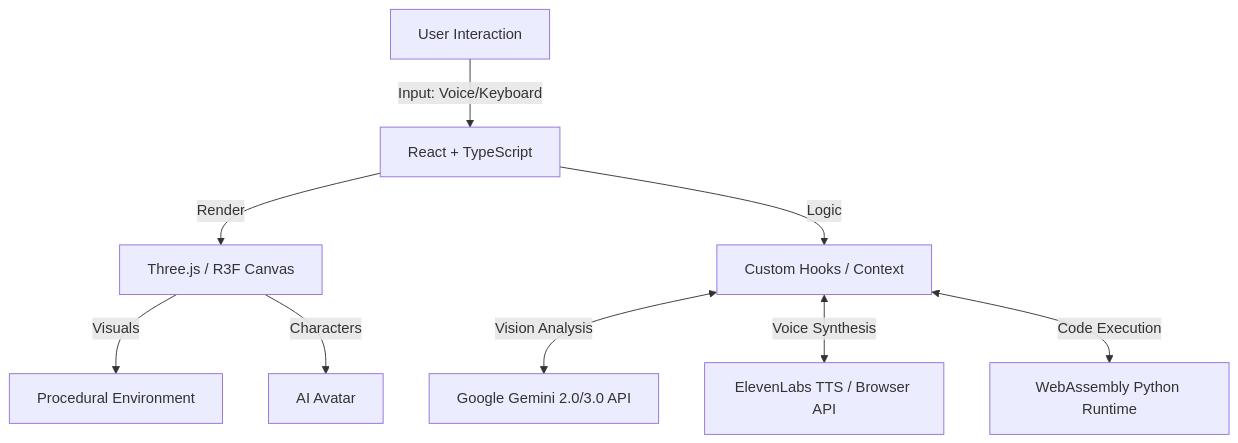
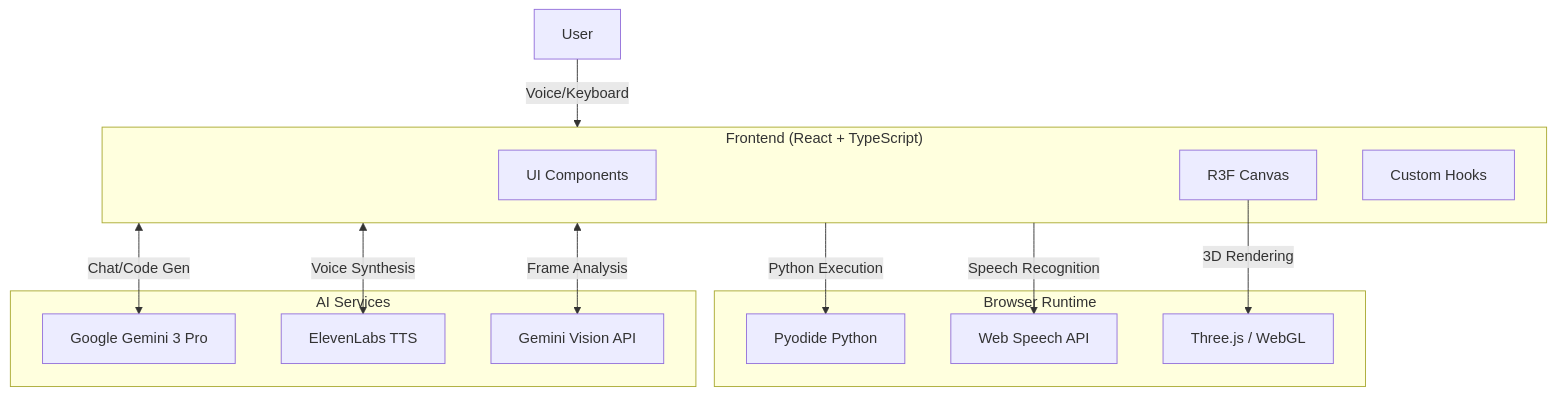
Before and after one commit to shakhawathossain07/NuralPy: the diagram in README.md, drawn with Mermaid. The commit also changed other lines of this file, not shown here.

````diff
--- a/README.md
+++ b/README.md
@@ -13,13 +81,28 @@
 ```mermaid
 graph TD
-    User[User Interaction] -->|Input: Voice/Keyboard| Frontend[React + TypeScript]
-    Frontend -->|Render| 3D_Engine[Three.js / R3F Canvas]
-    Frontend -->|Logic| State_Manager[Custom Hooks / Context]
-    
-    State_Manager <-->|Vision Analysis| Gemini[Google Gemini 2.0/3.0 API]
-    State_Manager <-->|Voice Synthesis| ElevenLabs[ElevenLabs TTS / Browser API]
-    State_Manager <-->|Code Execution| Pyodide[WebAssembly Python Runtime]
-    
-    3D_Engine -->| Visuals | CyberRoom[Procedural Environment]
-    3D_Engine -->| Characters | Luna[AI Avatar]
+    subgraph Frontend ["Frontend (React + TypeScript)"]
+        UI[UI Components]
+        Canvas[R3F Canvas]
+        State[Custom Hooks]
+    end
+
+    subgraph AI ["AI Services"]
+        Gemini[Google Gemini 3 Pro]
+        ElevenLabs[ElevenLabs TTS]
+        Vision[Gemini Vision API]
+    end
+
+    subgraph Runtime ["Browser Runtime"]
+        Pyodide[Pyodide Python]
+        SpeechAPI[Web Speech API]
+        WebGL[Three.js / WebGL]
+    end
+
+    User -->|Voice/Keyboard| Frontend
+    Frontend <-->|Chat/Code Gen| Gemini
+    Frontend <-->|Voice Synthesis| ElevenLabs
+    Frontend <-->|Frame Analysis| Vision
+    Frontend -->|Python Execution| Pyodide
+    Frontend -->|Speech Recognition| SpeechAPI
+    Canvas -->|3D Rendering| WebGL
 ```
````
